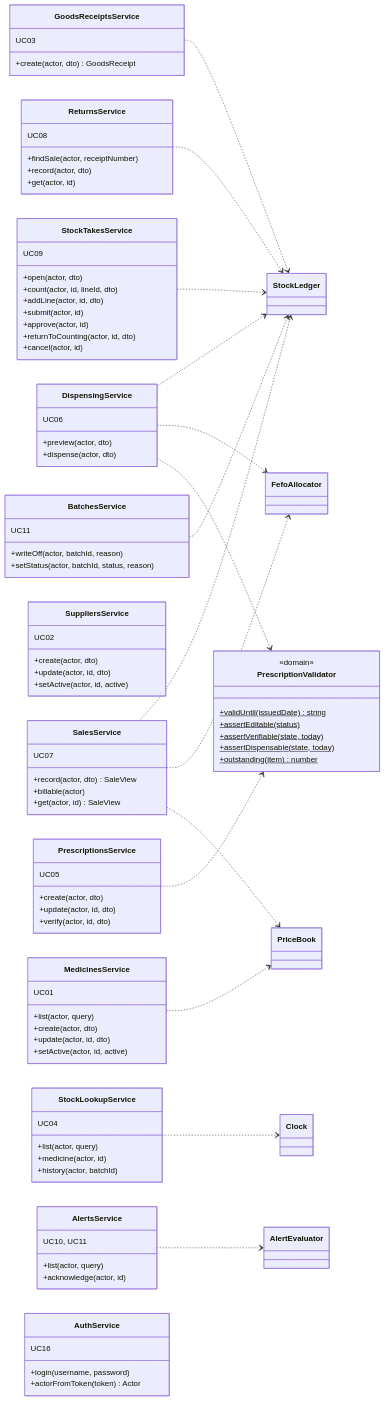
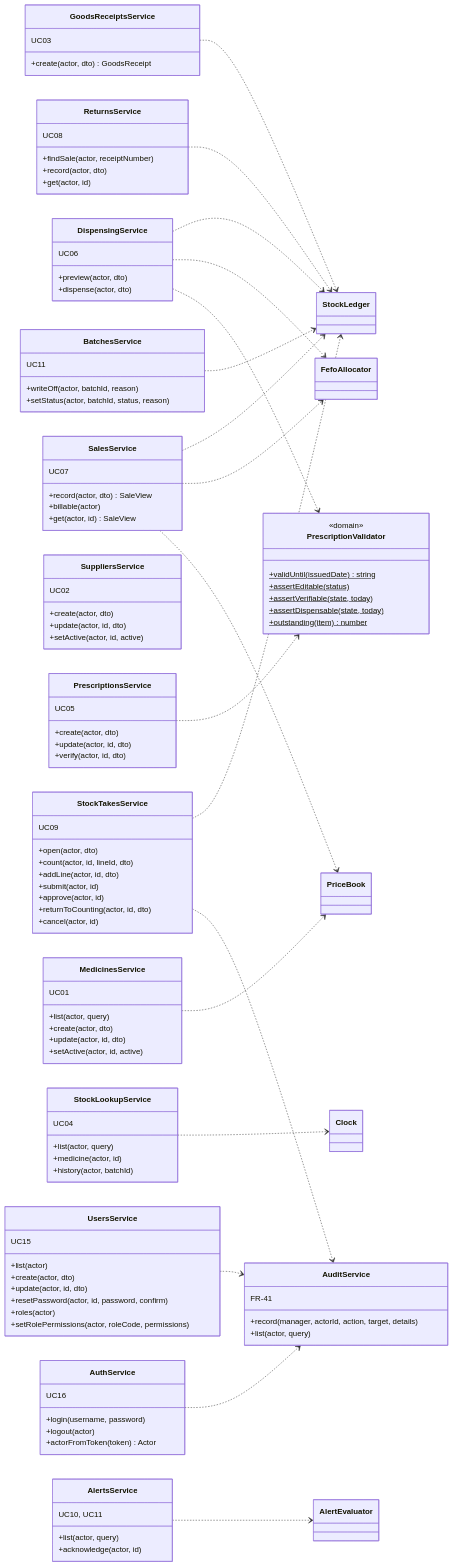
The eighth of 10 diagrams in docs/diagrams/class-diagram.md (NeitLN/261_72ITSE41704_2474802010391_PharmacyStock), drawn with Mermaid before and after one commit. The commit also changed other lines of this file and 17 other files, not shown here.

First line of the commit message:
Add UC15: users, roles and the audit log (#105: FR-40, FR-41)

````diff
--- a/docs/diagrams/class-diagram.md
+++ b/docs/diagrams/class-diagram.md
@@ -545,7 +546,22 @@
     class AuthService {
         UC16
         +login(username, password)
+        +logout(actor)
         +actorFromToken(token) Actor
+    }
+    class UsersService {
+        UC15
+        +list(actor)
+        +create(actor, dto)
+        +update(actor, id, dto)
+        +resetPassword(actor, id, password, confirm)
+        +roles(actor)
+        +setRolePermissions(actor, roleCode, permissions)
+    }
+    class AuditService {
+        FR-41
+        +record(manager, actorId, action, target, details)
+        +list(actor, query)
     }
     GoodsReceiptsService ..> StockLedger
     DispensingService ..> StockLedger
@@ -561,4 +577,7 @@
     StockTakesService ..> StockLedger
     BatchesService ..> StockLedger
     AlertsService ..> AlertEvaluator
+    UsersService ..> AuditService
+    AuthService ..> AuditService
+    StockTakesService ..> AuditService
 ```
````
